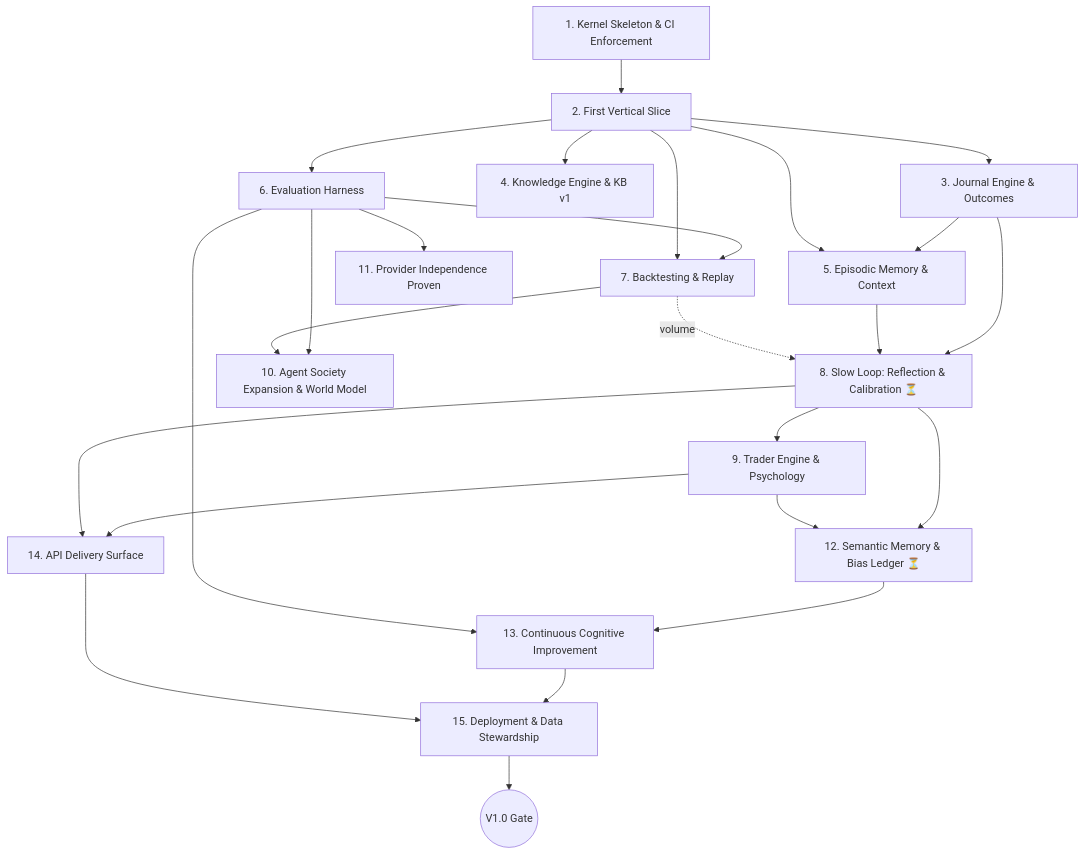
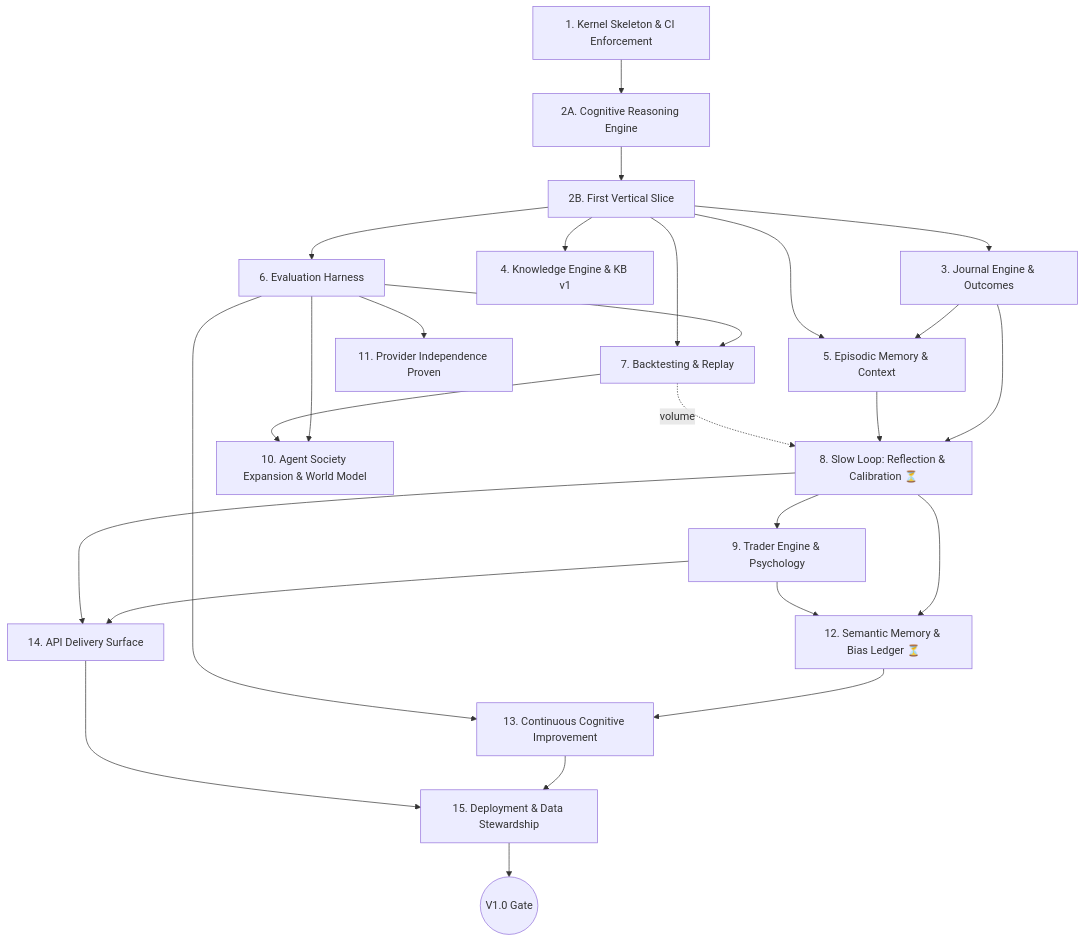
Before and after one commit to ghaithjedey02-web/DOLMIR: the diagram in Docs/ROADMAP.md, drawn with Mermaid. The commit also changed other lines of this file, not shown here.

First line of the commit message:
Roadmap Amendment 1: split Phase 2 into 2A (reasoning engine) and 2B (slice)

````diff
--- a/Docs/ROADMAP.md
+++ b/Docs/ROADMAP.md
@@ -15,27 +19,28 @@
 ```mermaid
 graph TD
-    P1[1. Kernel Skeleton & CI Enforcement] --> P2[2. First Vertical Slice]
-    P2 --> P3[3. Journal Engine & Outcomes]
-    P2 --> P4[4. Knowledge Engine & KB v1]
-    P2 --> P6[6. Evaluation Harness]
+    P1[1. Kernel Skeleton & CI Enforcement] --> P2A[2A. Cognitive Reasoning Engine]
+    P2A --> P2B[2B. First Vertical Slice]
+    P2B --> P3[3. Journal Engine & Outcomes]
+    P2B --> P4[4. Knowledge Engine & KB v1]
+    P2B --> P6[6. Evaluation Harness]
     P3 --> P5[5. Episodic Memory & Context]
-    P2 --> P5
+    P2B --> P5
     P6 --> P7[7. Backtesting & Replay]
-    P2 --> P7
+    P2B --> P7
     P3 --> P8[8. Slow Loop: Reflection & Calibration ⏳]
     P5 --> P8
     P7 -. volume .-> P8
     P8 --> P9[9. Trader Engine & Psychology]
     P6 --> P10[10. Agent Society Expansion & World Model]
     P7 --> P10
     P6 --> P11[11. Provider Independence Proven]
     P8 --> P12[12. Semantic Memory & Bias Ledger ⏳]
     P9 --> P12
     P12 --> P13[13. Continuous Cognitive Improvement]
     P6 --> P13
     P9 --> P14[14. API Delivery Surface]
     P8 --> P14
     P13 --> P15[15. Deployment & Data Stewardship]
     P14 --> P15
     P15 --> V1((V1.0 Gate))
 ```
````
